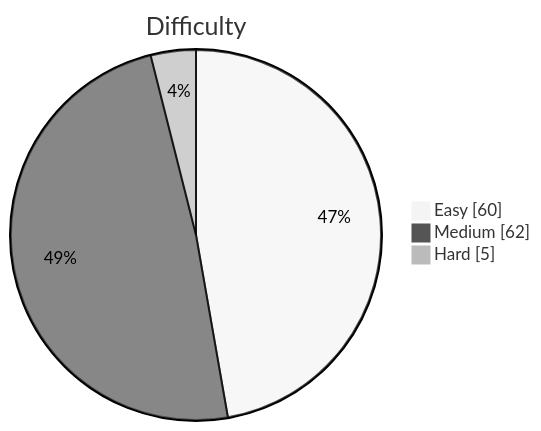
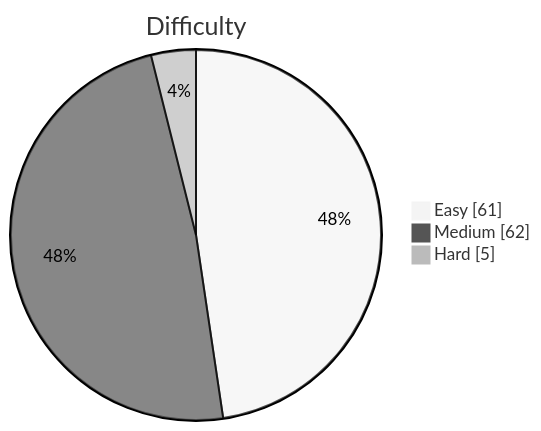
One commit to kevstevie/python-algo-practice changed the diagram in README.md. Above: the diagram before and after it, drawn with Mermaid (neutral theme). The commit also changed other lines of this file, not shown here.

````diff
--- a/README.md
+++ b/README.md
@@ -13,7 +13,7 @@
 ```mermaid
 pie showData
     title Difficulty
-    "Easy"   : 60
+    "Easy"   : 61
     "Medium" : 62
     "Hard"   : 5
 ```
````
